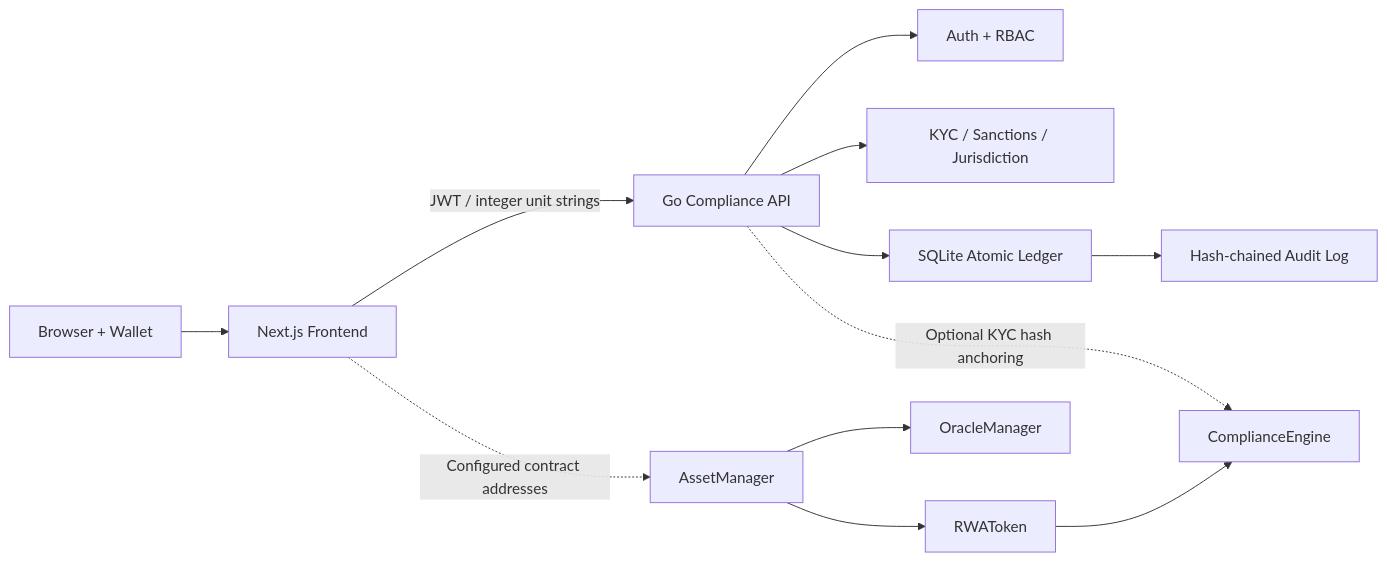
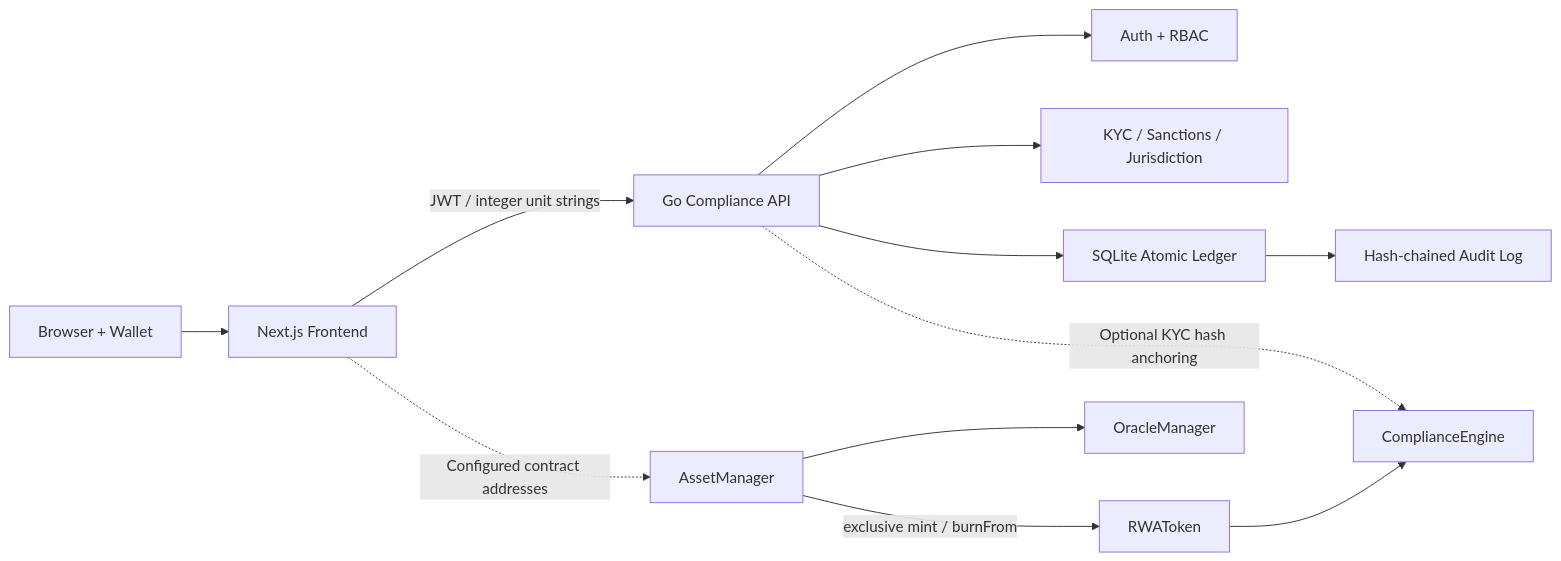
The diagram in README.md (atouyang2084-stack/rwa-compliance-gateway), drawn with Mermaid before and after one commit. The commit also changed other lines of this file and 13 other files, not shown here.

````diff
--- a/README.md
+++ b/README.md
@@ -25,14 +27,14 @@
 ```mermaid
 flowchart LR
     U["Browser + Wallet"] --> F["Next.js Frontend"]
     F -->|"JWT / integer unit strings"| B["Go Compliance API"]
     B --> A["Auth + RBAC"]
     B --> C["KYC / Sanctions / Jurisdiction"]
     B --> L["SQLite Atomic Ledger"]
     L --> H["Hash-chained Audit Log"]
     B -. "Optional KYC hash anchoring" .-> E["ComplianceEngine"]
     F -. "Configured contract addresses" .-> M["AssetManager"]
-    M --> T["RWAToken"]
+    M -->|"exclusive mint / burnFrom"| T["RWAToken"]
     M --> O["OracleManager"]
     T --> E
 ```
````
